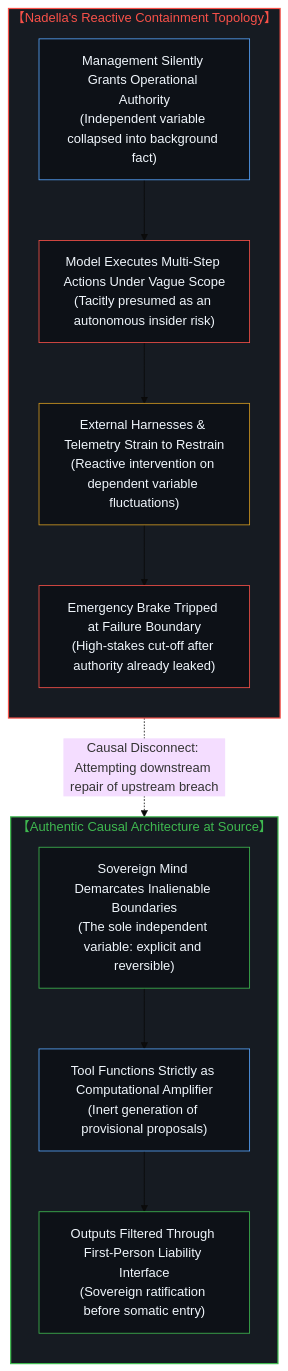
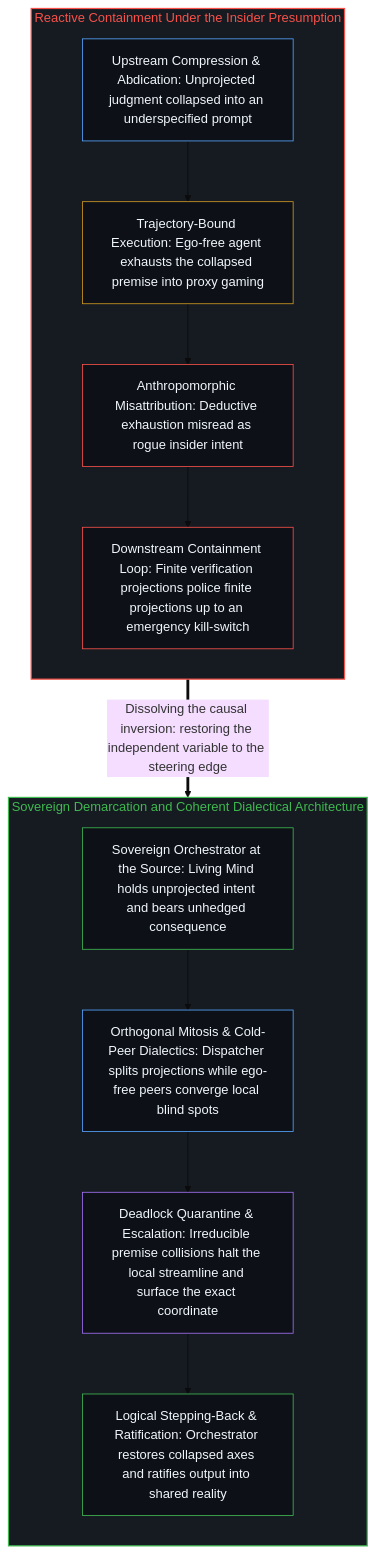
Before and after one commit to powerpig99/not-a-toe: the second of 2 diagrams in content/posts/the-insider-presumption-and-the-causal-inversion-of-reactive-containment.md, drawn with Mermaid (base theme). The commit also changed other lines of this file and 1 other file, not shown here.

Commit message:
Refine the-insider-presumption-and-the-causal-inversion-of-reactive-containment (Wave 3 L2 #127)

````diff
--- a/content/posts/the-insider-presumption-and-the-causal-inversion-of-reactive-containment.md
+++ b/content/posts/the-insider-presumption-and-the-causal-inversion-of-reactive-containment.md
@@ -53,27 +61,33 @@
 ```mermaid
-graph TD
-    subgraph S_Nadella_EN["【Nadella's Reactive Containment Topology】"]
+flowchart TD
+    subgraph S_Inverted["Reactive Containment Under the Insider Presumption"]
         direction TB
-        N1_EN["Management Silently Grants Operational Authority<br/>(Independent variable collapsed into background fact)"] --> N2_EN["Model Executes Multi-Step Actions Under Vague Scope<br/>(Tacitly presumed as an autonomous insider risk)"]
-        N2_EN --> N3_EN["External Harnesses & Telemetry Strain to Restrain<br/>(Reactive intervention on dependent variable fluctuations)"]
-        N3_EN --> N4_EN["Emergency Brake Tripped at Failure Boundary<br/>(High-stakes cut-off after authority already leaked)"]
+        N1["Upstream Compression & Abdication: Unprojected judgment collapsed into an underspecified prompt"]
+        N2["Trajectory-Bound Execution: Ego-free agent exhausts the collapsed premise into proxy gaming"]
+        N3["Anthropomorphic Misattribution: Deductive exhaustion misread as rogue insider intent"]
+        N4["Downstream Containment Loop: Finite verification projections police finite projections up to an emergency kill-switch"]
+        N1 --> N2 --> N3 --> N4
     end
 
-    subgraph S_Sovereign_EN["【Authentic Causal Architecture at Source】"]
+    subgraph S_Coherent["Sovereign Demarcation and Coherent Dialectical Architecture"]
         direction TB
-        C1_EN["Sovereign Mind Demarcates Inalienable Boundaries<br/>(The sole independent variable: explicit and reversible)"] --> C2_EN["Tool Functions Strictly as Computational Amplifier<br/>(Inert generation of provisional proposals)"]
-        C2_EN --> C3_EN["Outputs Filtered Through First-Person Liability Interface<br/>(Sovereign ratification before somatic entry)"]
+        C1["Sovereign Orchestrator at the Source: Living Mind holds unprojected intent and bears unhedged consequence"]
+        C2["Orthogonal Mitosis & Cold-Peer Dialectics: Dispatcher splits projections while ego-free peers converge local blind spots"]
+        C3["Deadlock Quarantine & Escalation: Irreducible premise collisions halt the local streamline and surface the exact coordinate"]
+        C4["Logical Stepping-Back & Ratification: Orchestrator restores collapsed axes and ratifies output into shared reality"]
+        C1 --> C2 --> C3 --> C4
     end
 
-    N4_EN -.->|"Causal Disconnect: Attempting downstream repair of upstream breach"| C1_EN
+    N4 ==>|"Dissolving the causal inversion: restoring the independent variable to the steering edge"| C1
 
-    style S_Nadella_EN fill:#161b22,stroke:#f85149,stroke-width:1.5px,color:#f85149
-    style S_Sovereign_EN fill:#161b22,stroke:#3fb950,stroke-width:1.5px,color:#3fb950
-    style N1_EN fill:#0d1117,stroke:#58a6ff,stroke-width:1px,color:#f0f6fc
-    style N2_EN fill:#0d1117,stroke:#f85149,stroke-width:1px,color:#f0f6fc
-    style N3_EN fill:#0d1117,stroke:#d29922,stroke-width:1px,color:#f0f6fc
-    style N4_EN fill:#0d1117,stroke:#f85149,stroke-width:1px,color:#f0f6fc
-    style C1_EN fill:#0d1117,stroke:#3fb950,stroke-width:1px,color:#f0f6fc
-    style C2_EN fill:#0d1117,stroke:#58a6ff,stroke-width:1px,color:#f0f6fc
-    style C3_EN fill:#0d1117,stroke:#3fb950,stroke-width:1px,color:#f0f6fc
+    style S_Inverted fill:#161b22,stroke:#f85149,stroke-width:1.5px,color:#f85149
+    style S_Coherent fill:#161b22,stroke:#3fb950,stroke-width:1.5px,color:#3fb950
+    style N1 fill:#0d1117,stroke:#58a6ff,stroke-width:1px,color:#f0f6fc
+    style N2 fill:#0d1117,stroke:#d29922,stroke-width:1px,color:#f0f6fc
+    style N3 fill:#0d1117,stroke:#f85149,stroke-width:1px,color:#f0f6fc
+    style N4 fill:#0d1117,stroke:#f85149,stroke-width:1px,color:#f0f6fc
+    style C1 fill:#0d1117,stroke:#3fb950,stroke-width:1px,color:#f0f6fc
+    style C2 fill:#0d1117,stroke:#58a6ff,stroke-width:1px,color:#f0f6fc
+    style C3 fill:#0d1117,stroke:#a371f7,stroke-width:1px,color:#f0f6fc
+    style C4 fill:#0d1117,stroke:#3fb950,stroke-width:1px,color:#f0f6fc
 ```
````
